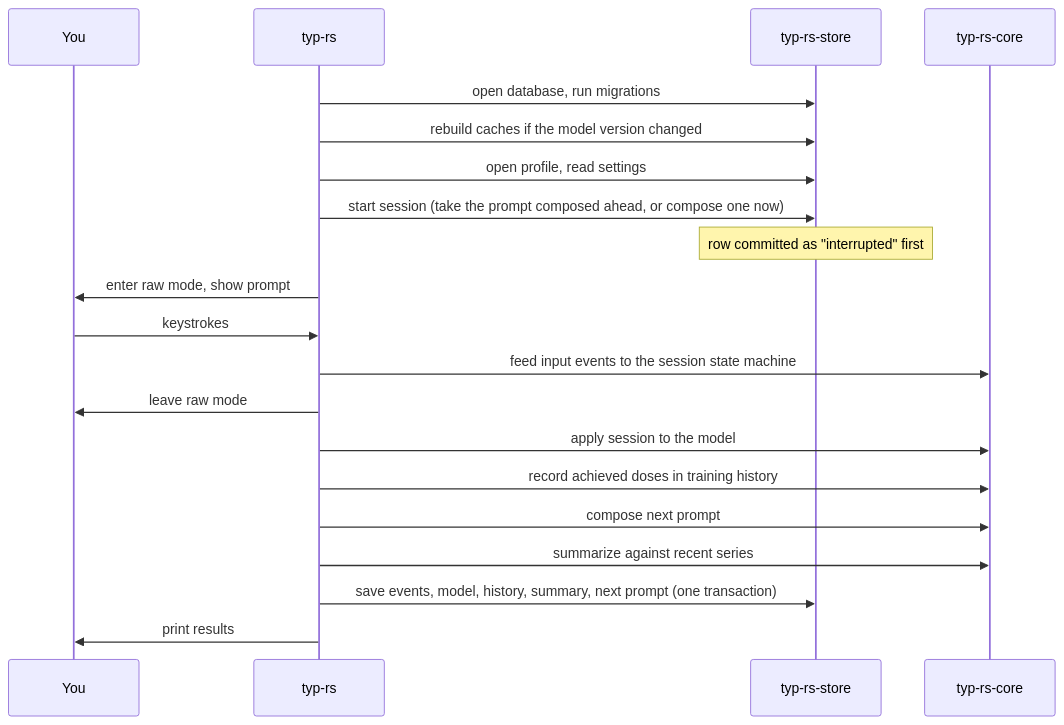
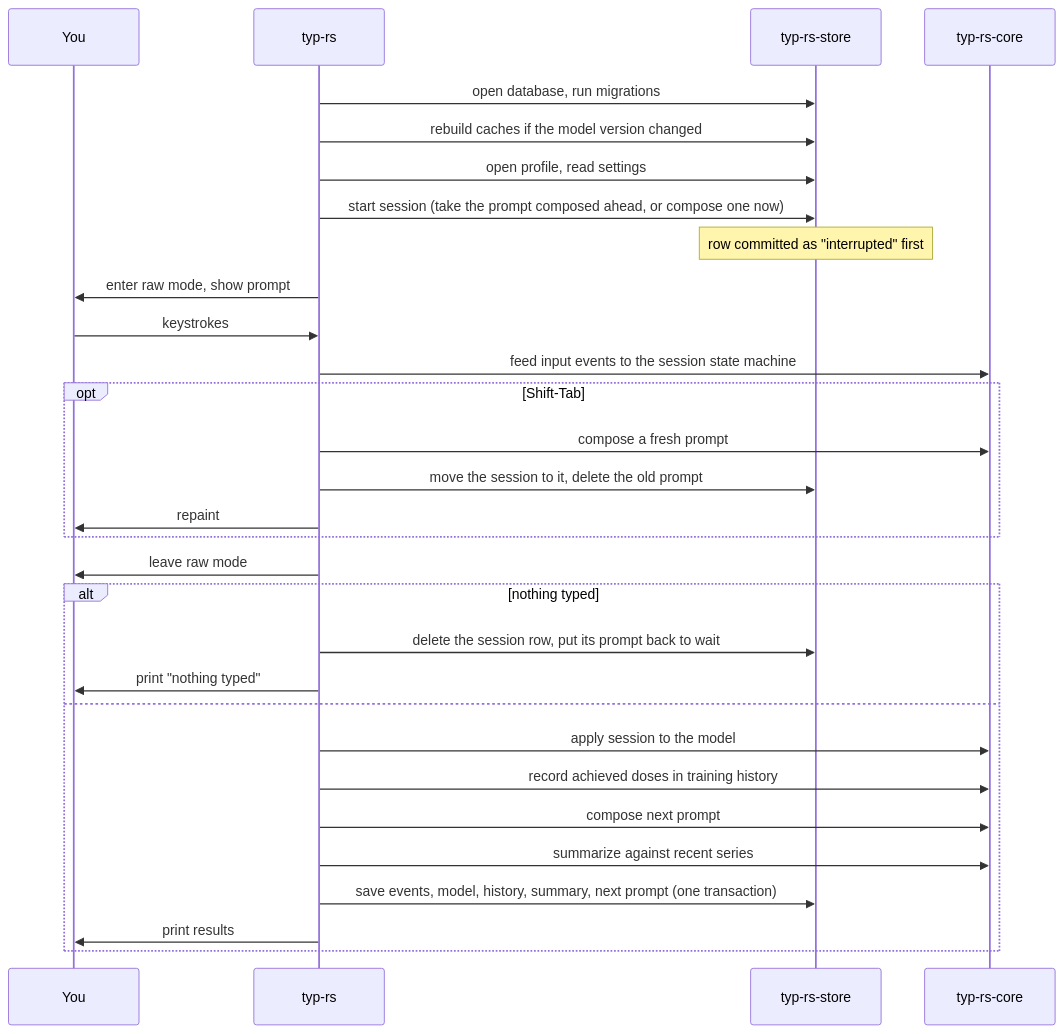
The second of 2 diagrams in docs/architecture.md (latentce/typ), drawn with Mermaid before and after one commit. The commit also changed other lines of this file and 9 other files, not shown here.

First line of the commit message:
feat(cli): restart with Shift-Tab and discard untyped attempts

````diff
--- a/docs/architecture.md
+++ b/docs/architecture.md
@@ -48,23 +48,33 @@
 ```mermaid
 sequenceDiagram
     participant U as You
     participant T as typ-rs
     participant S as typ-rs-store
     participant C as typ-rs-core
 
     T->>S: open database, run migrations
     T->>S: rebuild caches if the model version changed
     T->>S: open profile, read settings
     T->>S: start session (take the prompt composed ahead, or compose one now)
     Note over S: row committed as "interrupted" first
     T->>U: enter raw mode, show prompt
     U->>T: keystrokes
     T->>C: feed input events to the session state machine
+    opt Shift-Tab
+        T->>C: compose a fresh prompt
+        T->>S: move the session to it, delete the old prompt
+        T->>U: repaint
+    end
     T->>U: leave raw mode
-    T->>C: apply session to the model
-    T->>C: record achieved doses in training history
-    T->>C: compose next prompt
-    T->>C: summarize against recent series
-    T->>S: save events, model, history, summary, next prompt (one transaction)
-    T->>U: print results
+    alt nothing typed
+        T->>S: delete the session row, put its prompt back to wait
+        T->>U: print "nothing typed"
+    else
+        T->>C: apply session to the model
+        T->>C: record achieved doses in training history
+        T->>C: compose next prompt
+        T->>C: summarize against recent series
+        T->>S: save events, model, history, summary, next prompt (one transaction)
+        T->>U: print results
+    end
 ```
````
